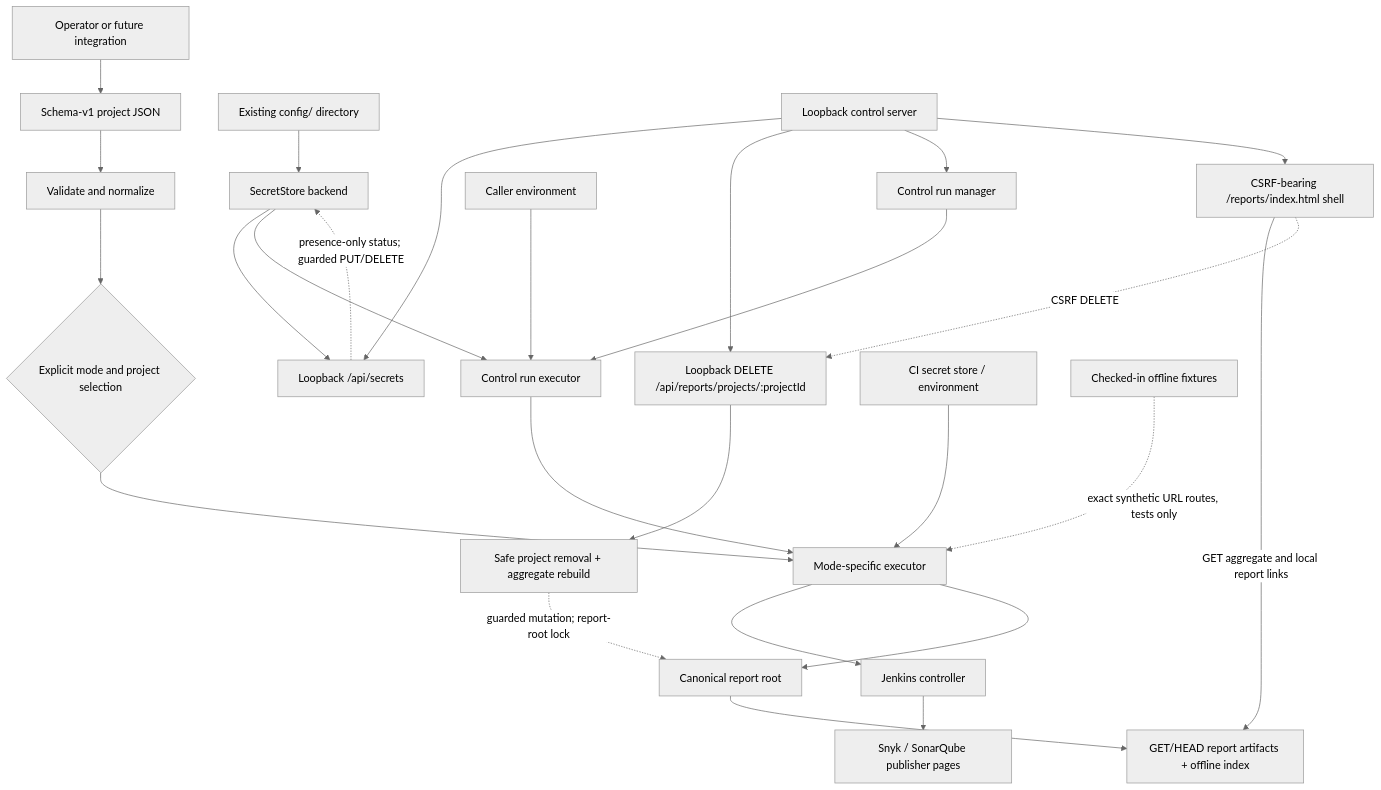
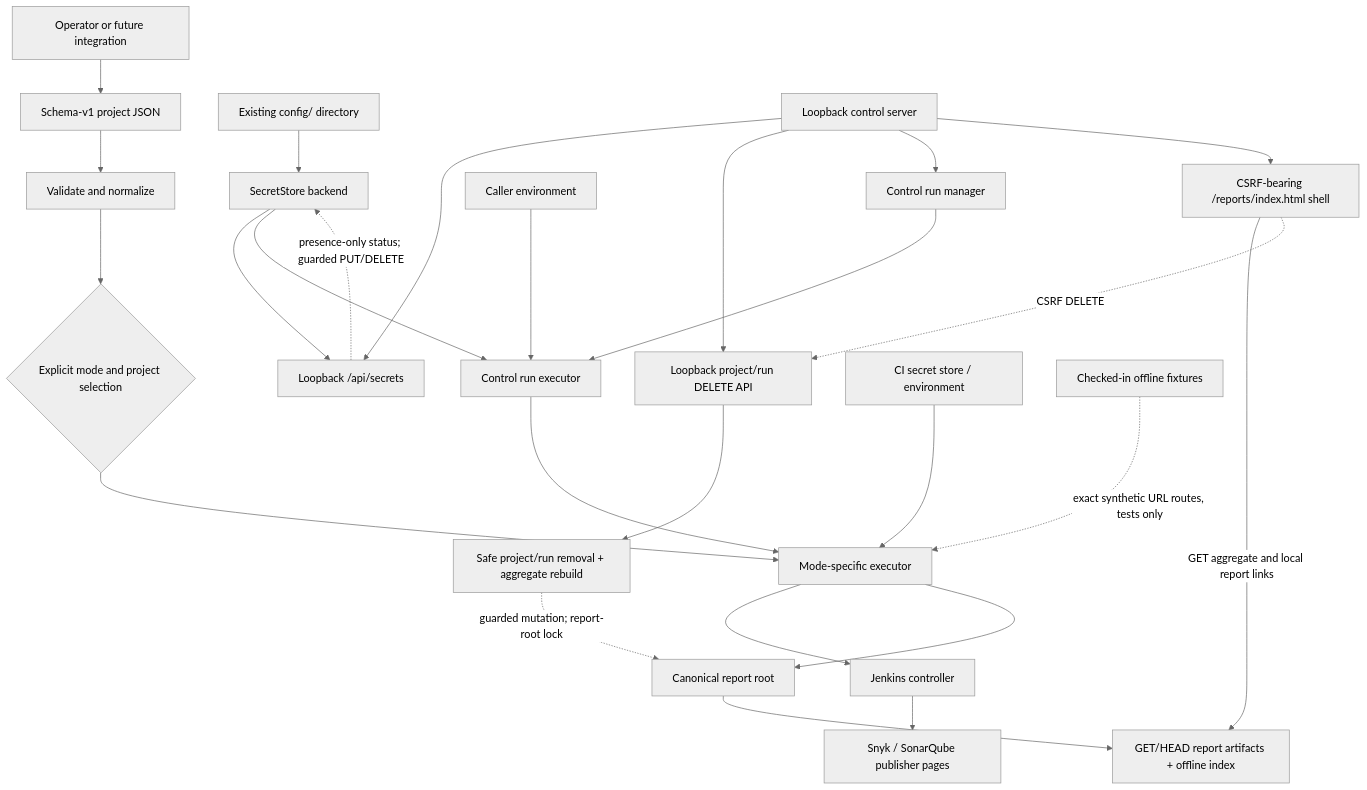
Before and after one commit to loidinhm31/auto-jobs: the first of 6 diagrams in docs/system-architecture.md, drawn with Mermaid (neutral theme). The commit also changed other lines of this file and 15 other files, not shown here.

Commit message:
feat(reporting): add guarded individual report run deletion API with empty project pruning

````diff
--- a/docs/system-architecture.md
+++ b/docs/system-architecture.md
@@ -41,28 +42,28 @@
 ```mermaid
 flowchart TB
   Operator[Operator or future integration] --> ConfigFile[Schema-v1 project JSON]
   ConfigRoot[Existing config/ directory] --> SecretStore[SecretStore backend]
   SecretStore --> SecretsApi[Loopback /api/secrets]
   Control[Loopback control server] --> SecretsApi
   SecretsApi -. presence-only status; guarded PUT/DELETE .-> SecretStore
-  Control --> ReportsApi[Loopback DELETE /api/reports/projects/:projectId]
-  ReportsApi --> DeleteReports[Safe project removal + aggregate rebuild]
+  Control --> ReportsApi[Loopback project/run DELETE API]
+  ReportsApi --> DeleteReports[Safe project/run removal + aggregate rebuild]
   DeleteReports -. guarded mutation; report-root lock .-> ReportRoot
   Control --> RunManager[Control run manager]
   RunManager --> ControlExecutor[Control run executor]
   ConfigFile --> Loader[Validate and normalize]
   Loader --> Selector{Explicit mode and project selection}
   BaseEnv[Caller environment] --> ControlExecutor
   SecretStore --> ControlExecutor
   Secrets[CI secret store / environment] --> Executor
   Selector --> Executor[Mode-specific executor]
   ControlExecutor --> Executor
   Jenkins[Jenkins controller] --> ReportSources[Snyk / SonarQube publisher pages]
   Executor --> Jenkins
   Executor --> ReportRoot[Canonical report root]
   ReportRoot --> StaticReports[GET/HEAD report artifacts + offline index]
   Control --> ManagementUI[CSRF-bearing /reports/index.html shell]
   ManagementUI -->|GET aggregate and local report links| StaticReports
   ManagementUI -. CSRF DELETE .-> ReportsApi
   Templates[Checked-in offline fixtures] -. exact synthetic URL routes, tests only .-> Executor
 ```
````
